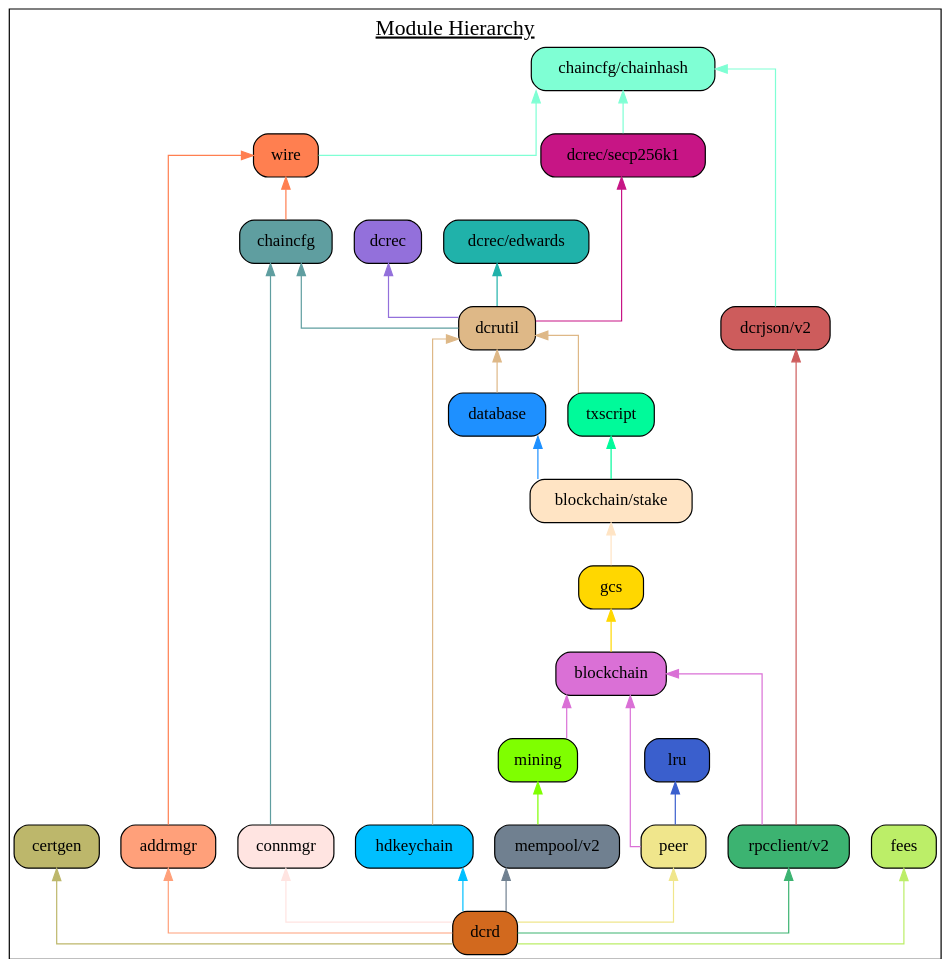
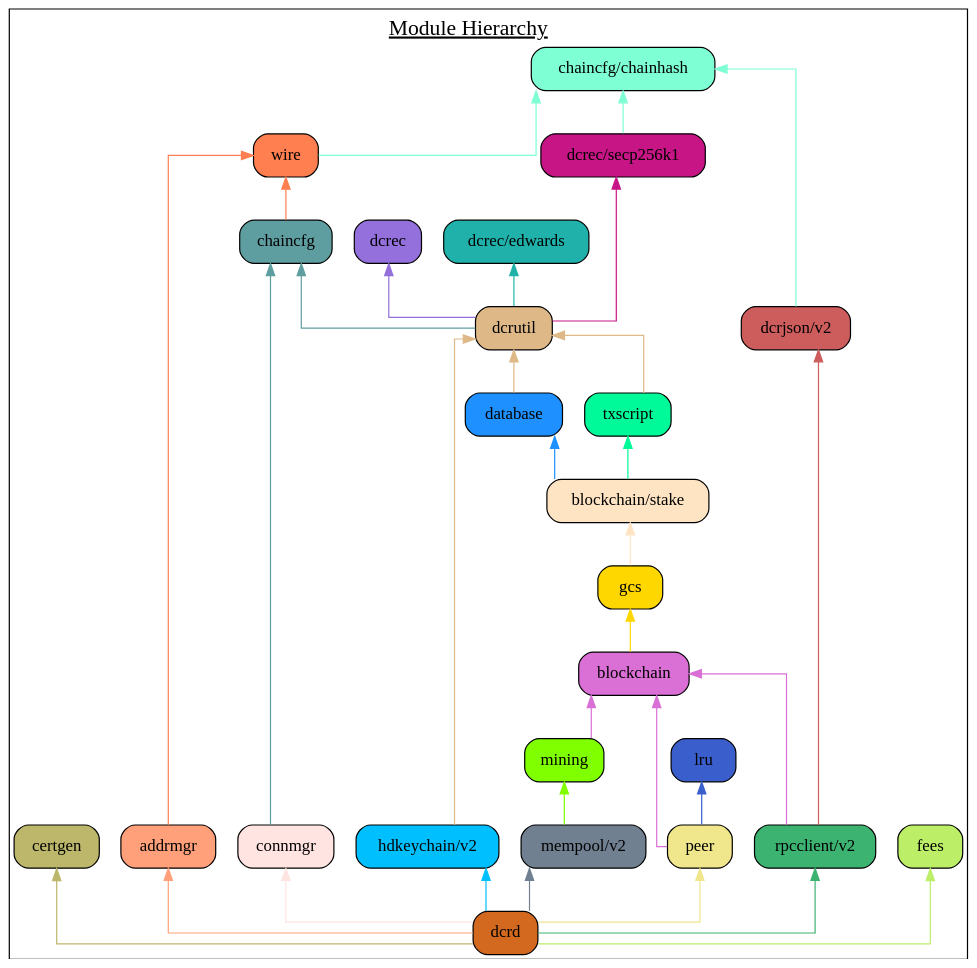
Before and after one commit to decred/dcrd: the diagram in docs/assets/module_hierarchy.gv, drawn with Graphviz. The commit also changed 2 other files, not shown here.

Commit message:
docs: Update for hdkeychain v2 module.
This updates the docs/README.md file, module hierarchy graphviz, and
module hierarchy diagram to reflect the new module version

```diff
--- a/docs/assets/module_hierarchy.gv
+++ b/docs/assets/module_hierarchy.gv
@@ -1,65 +1,65 @@
 digraph {
 	graph [splines=ortho colorscheme=svg label=<<u>Module Hierarchy</u>> labelloc=t fontsize=18.0]
 	node [shape=box style="filled, rounded"]
 
 	certgen [label="certgen" fillcolor=darkkhaki]
 	chainhash [label="chaincfg/chainhash" fillcolor=aquamarine]
 	dcrjson [label="dcrjson/v2" fillcolor=indianred]
 	wire [label="wire" fillcolor=coral]
 	addrmgr [label="addrmgr" fillcolor=lightsalmon]
 	chaincfg [label="chaincfg" fillcolor=cadetblue]
 	connmgr [label="connmgr" fillcolor=mistyrose]
 	dcrec [label="dcrec" fillcolor=mediumpurple]
 	edwards [label="dcrec/edwards" fillcolor=lightseagreen]
 	secp256k1 [label="dcrec/secp256k1" fillcolor=mediumvioletred]
 	dcrutil [label="dcrutil" fillcolor=burlywood]
 	database [label="database" fillcolor=dodgerblue]
-	hdkeychain [label="hdkeychain" fillcolor=deepskyblue]
+	hdkeychain [label="hdkeychain/v2" fillcolor=deepskyblue]
 	txscript [label="txscript" fillcolor=mediumspringgreen]
 	stake [label="blockchain/stake" fillcolor=bisque]
 	gcs [label="gcs" fillcolor=gold]
 	blockchain [label="blockchain" fillcolor=orchid]
 	mempool [label="mempool/v2" fillcolor=slategray]
 	mining [label="mining" fillcolor=chartreuse]
 	lru  [label="lru" fillcolor=royalblue3]
 	peer [label="peer" fillcolor=khaki]
 	rpcclient [label="rpcclient/v2" fillcolor=mediumseagreen]
 	fees [label="fees" fillcolor=darkolivegreen2]
 	dcrd [label="dcrd" fillcolor=chocolate]
 
 	{rank=same connmgr addrmgr hdkeychain peer rpcclient mempool}
 
 	certgen
 	chainhash -> dcrjson [dir=back color=aquamarine]
 	chainhash -> wire [dir=back color=aquamarine]
 	wire -> addrmgr [dir=back color=coral]
 	wire -> chaincfg [dir=back color=coral]
 	chaincfg -> connmgr [dir=back color=cadetblue]
 	chainhash -> secp256k1 [dir=back color=aquamarine]
 	chaincfg -> dcrutil [dir=back color=cadetblue]
 	dcrec -> dcrutil [dir=back color=mediumpurple]
 	edwards ->  dcrutil [dir=back color=lightseagreen]
 	secp256k1 ->  dcrutil [dir=back color=mediumvioletred]
 	dcrutil -> database [dir=back color=burlywood]
 	dcrutil -> hdkeychain [dir=back color=burlywood]
 	dcrutil -> txscript [dir=back color=burlywood]
 	database ->  stake [dir=back color=dodgerblue]
 	txscript -> stake [dir=back color=mediumspringgreen]
 	stake -> gcs [dir=back color=bisque]
 	gcs -> blockchain [dir=back color=gold]
 	blockchain -> mining [dir=back color=orchid]
 	mining -> mempool [dir=back color=chartreuse]
 	lru -> peer [dir=back color=royalblue3]
 	blockchain -> peer [dir=back color=orchid]
 	blockchain -> rpcclient [dir=back color=orchid]
 	dcrjson -> rpcclient [dir=back color=indianred]
 
 	fees -> dcrd [dir=back color=darkolivegreen2]
 	mempool -> dcrd [dir=back color=slategray]
 	certgen -> dcrd [dir=back color=darkkhaki]
 	addrmgr -> dcrd [dir=back color=lightsalmon]
 	hdkeychain -> dcrd [dir=back color=deepskyblue]
 	connmgr -> dcrd [dir=back color=mistyrose]
 	rpcclient -> dcrd [dir=back color=mediumseagreen]
 	peer -> dcrd [dir=back color=khaki]
 }
```
